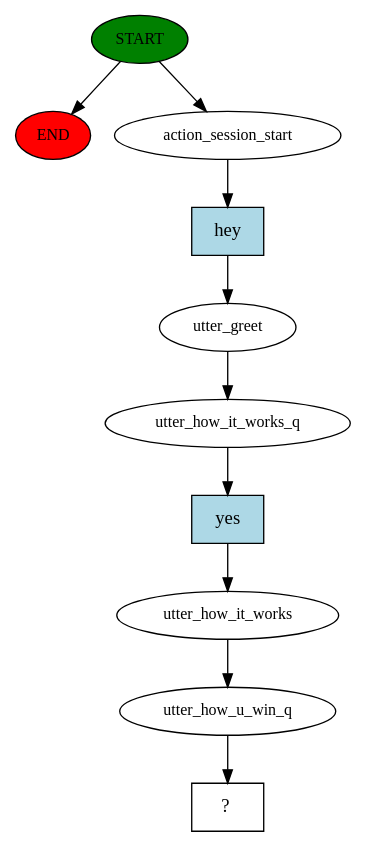
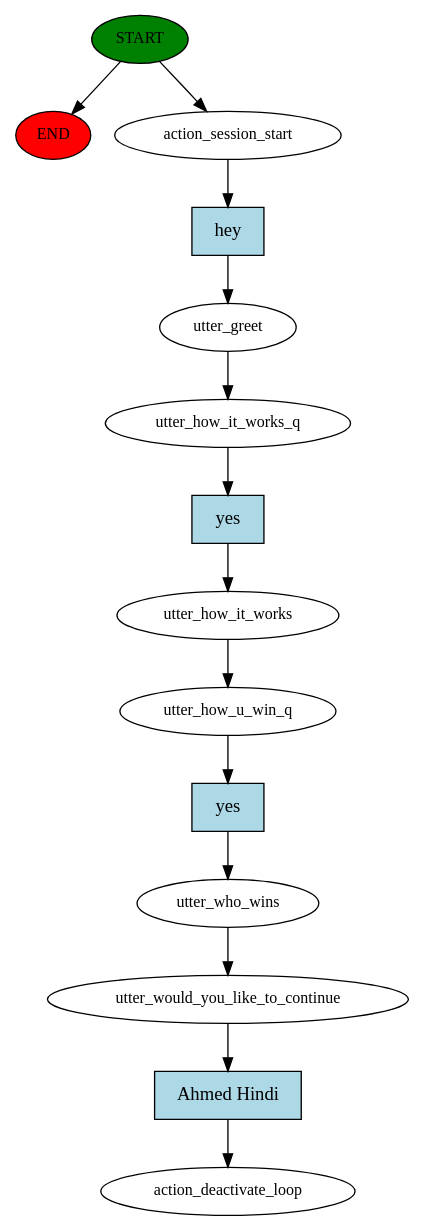
The diagram in story_graph.dot (ahmedhindi/rasa_chatbot), drawn with Graphviz before and after one commit. The commit also changed 16 other files, not shown here.

```diff
--- a/story_graph.dot
+++ b/story_graph.dot
@@ -1,21 +1,29 @@
 digraph  {
 0 [class="start active", fillcolor=green, fontsize=12, label=START, style=filled];
 "-1" [class=end, fillcolor=red, fontsize=12, label=END, style=filled];
 1 [class=active, fontsize=12, label=action_session_start];
 2 [class=active, fontsize=12, label=utter_greet];
 3 [class=active, fontsize=12, label=utter_how_it_works_q];
 4 [class=active, fontsize=12, label=utter_how_it_works];
 5 [class=active, fontsize=12, label=utter_how_u_win_q];
-6 [class="intent dashed active", label="  ?  ", shape=rect];
-7 [class="intent active", fillcolor=lightblue, label=hey, shape=rect, style=filled];
-8 [class="intent active", fillcolor=lightblue, label=yes, shape=rect, style=filled];
+6 [class=active, fontsize=12, label=utter_who_wins];
+7 [class=active, fontsize=12, label=utter_would_you_like_to_continue];
+8 [class="dashed active", fontsize=12, label=action_deactivate_loop];
+9 [class="intent active", fillcolor=lightblue, label=hey, shape=rect, style=filled];
+10 [class="intent active", fillcolor=lightblue, label=yes, shape=rect, style=filled];
+11 [class="intent active", fillcolor=lightblue, label=yes, shape=rect, style=filled];
+12 [class="intent active", fillcolor=lightblue, label="Ahmed Hindi", shape=rect, style=filled];
 0 -> "-1"  [class="", key=NONE, label=""];
 0 -> 1  [class=active, key=NONE, label=""];
-1 -> 7  [class=active, key=0];
+1 -> 9  [class=active, key=0];
 2 -> 3  [class=active, key=NONE, label=""];
-3 -> 8  [class=active, key=0];
+3 -> 10  [class=active, key=0];
 4 -> 5  [class=active, key=NONE, label=""];
-5 -> 6  [class=active, key=NONE, label=""];
-7 -> 2  [class=active, key=0];
-8 -> 4  [class=active, key=0];
+5 -> 11  [class=active, key=0];
+6 -> 7  [class=active, key=NONE, label=""];
+7 -> 12  [class=active, key=0];
+9 -> 2  [class=active, key=0];
+10 -> 4  [class=active, key=0];
+11 -> 6  [class=active, key=0];
+12 -> 8  [class=active, key=0];
 }
```
